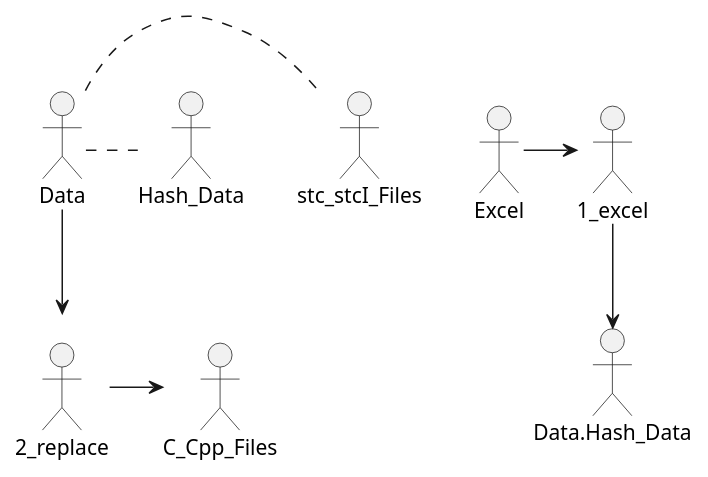
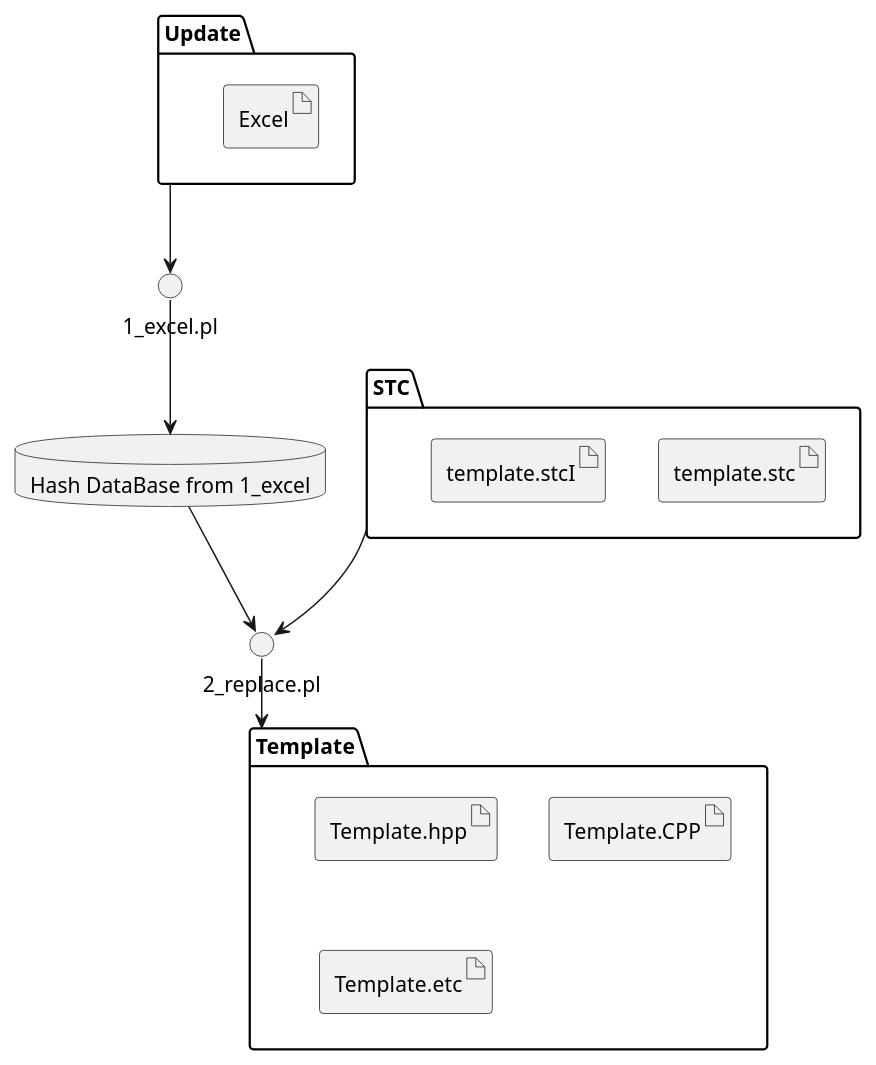
The first of 2 diagrams in README.md (1434cga/CGA_RDL), drawn with PlantUML before and after one commit. The commit also changed other lines of this file and 11 other files, not shown here.

````diff
--- a/README.md
+++ b/README.md
@@ -91,16 +101,28 @@
 ```puml
 @startuml
-Excel << (D,#FFFFFF) >>
-Data.stc_stcI_Files << (D,#FFFFFF) >>
-Data.Hash_Data << (D,#FFFFFF) >>
-C_Cpp_Files << (D,#FFFFFF) >>
-1_excel << (E,#00FFFF) >>
-2_replace << (E,#00FFFF) >>
+folder Update {
+  artifact Excel
+}
 
+folder STC {
+	artifact template.stc
+	artifact template.stcI
+}
 
-Excel -right-> 1_excel
-1_excel -down-> Data.Hash_Data
-Data -down-> 2_replace
-2_replace -right-> C_Cpp_Files
+folder Template {
+	artifact Template.hpp
+	artifact Template.CPP
+	artifact Template.etc
+}
+
+database Hash_Data [
+Hash DataBase from 1_excel
+]
+
+Update -down-> 1_excel.pl
+1_excel.pl -down-> Hash_Data
+STC -down-> 2_replace.pl
+Hash_Data -down-> 2_replace.pl
+2_replace.pl -down-> Template
 @enduml
 ```
````
